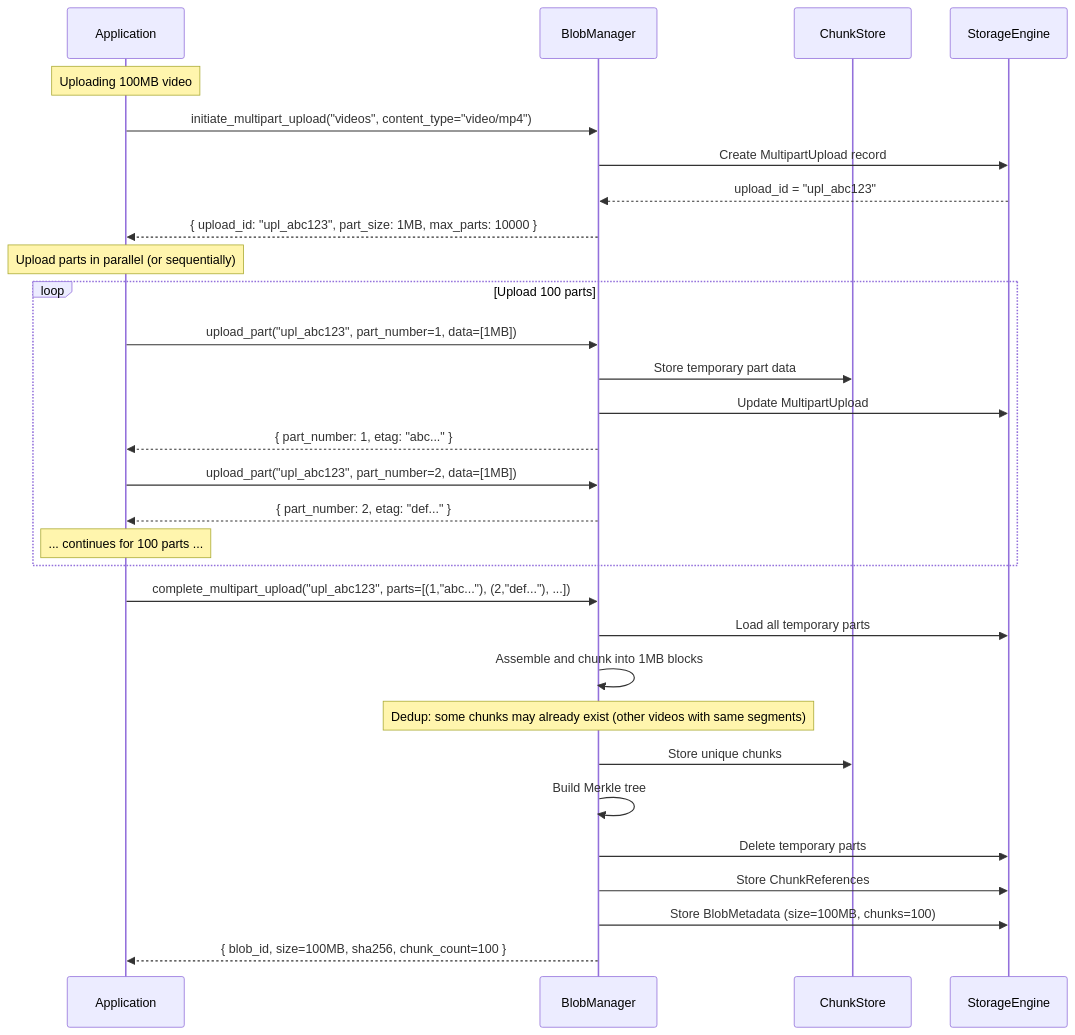
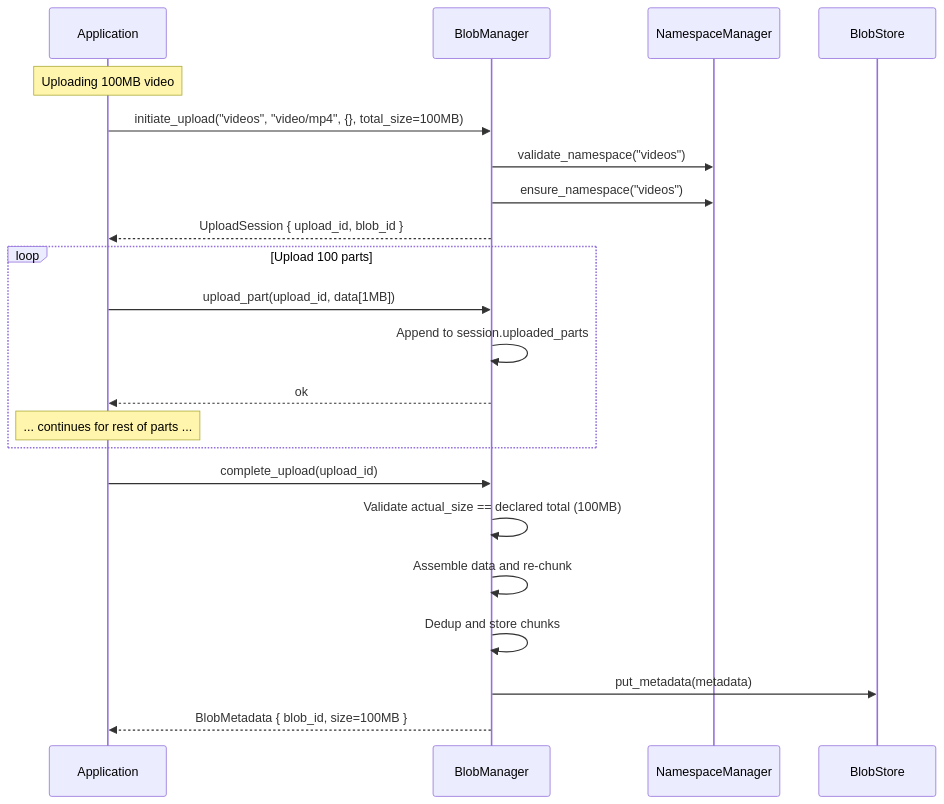
Before and after one commit to Icarus-afk/Nova-Runtime: the seventh of 12 diagrams in docs/20-blob-storage.md, drawn with Mermaid. The commit also changed other lines of this file and 7 other files, not shown here.

First line of the commit message:
Update architecture docs to match Phase 3 implementation

````diff
--- a/docs/20-blob-storage.md
+++ b/docs/20-blob-storage.md
@@ -1502,44 +971,29 @@
 ```mermaid
 sequenceDiagram
     participant A as Application
     participant BM as BlobManager
-    participant CH as ChunkStore
-    participant SE as StorageEngine
+    participant NS as NamespaceManager
+    participant ST as BlobStore
 
     Note over A: Uploading 100MB video
     
-    A->>BM: initiate_multipart_upload("videos", content_type="video/mp4")
-    BM->>SE: Create MultipartUpload record
-    SE-->>BM: upload_id = "upl_abc123"
-    BM-->>A: { upload_id: "upl_abc123", part_size: 1MB, max_parts: 10000 }
-    
-    Note over A: Upload parts in parallel (or sequentially)
+    A->>BM: initiate_upload("videos", "video/mp4", {}, total_size=100MB)
+    BM->>NS: validate_namespace("videos")
+    BM->>NS: ensure_namespace("videos")
+    BM-->>A: UploadSession { upload_id, blob_id }
     
     loop Upload 100 parts
-        A->>BM: upload_part("upl_abc123", part_number=1, data=[1MB])
-        BM->>CH: Store temporary part data
-        BM->>SE: Update MultipartUpload
-        BM-->>A: { part_number: 1, etag: "abc..." }
+        A->>BM: upload_part(upload_id, data[1MB])
+        BM->>BM: Append to session.uploaded_parts
+        BM-->>A: ok
         
-        A->>BM: upload_part("upl_abc123", part_number=2, data=[1MB])
-        BM-->>A: { part_number: 2, etag: "def..." }
-        
-        Note over A: ... continues for 100 parts ...
+        Note over A: ... continues for rest of parts ...
     end
     
-    A->>BM: complete_multipart_upload("upl_abc123", parts=[(1,"abc..."), (2,"def..."), ...])
-    
-    BM->>SE: Load all temporary parts
-    BM->>BM: Assemble and chunk into 1MB blocks
-    
-    Note over BM: Dedup: some chunks may already exist (other videos with same segments)
-    
-    BM->>CH: Store unique chunks
-    BM->>BM: Build Merkle tree
-    
-    BM->>SE: Delete temporary parts
-    BM->>SE: Store ChunkReferences
-    BM->>SE: Store BlobMetadata (size=100MB, chunks=100)
-    
-    BM-->>A: { blob_id, size=100MB, sha256, chunk_count=100 }
+    A->>BM: complete_upload(upload_id)
+    BM->>BM: Validate actual_size == declared total (100MB)
+    BM->>BM: Assemble data and re-chunk
+    BM->>BM: Dedup and store chunks
+    BM->>ST: put_metadata(metadata)
+    BM-->>A: BlobMetadata { blob_id, size=100MB }
 ```
````
